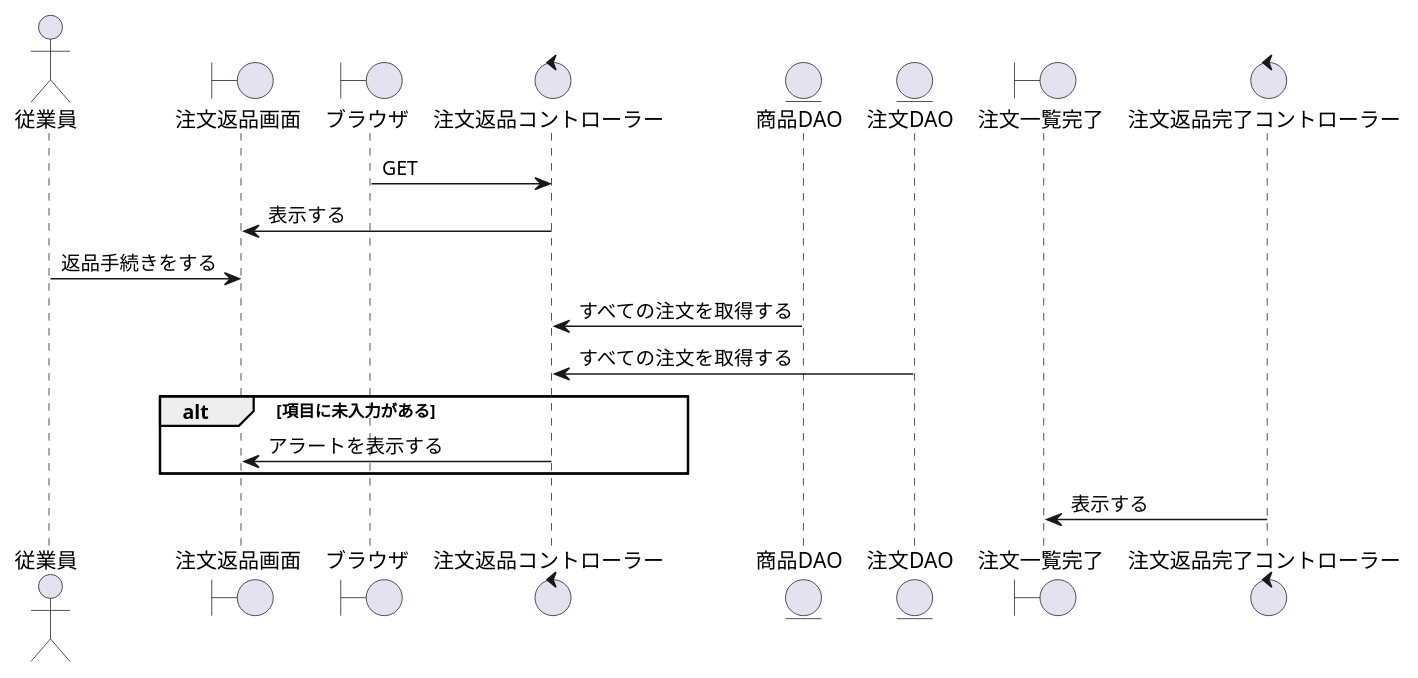
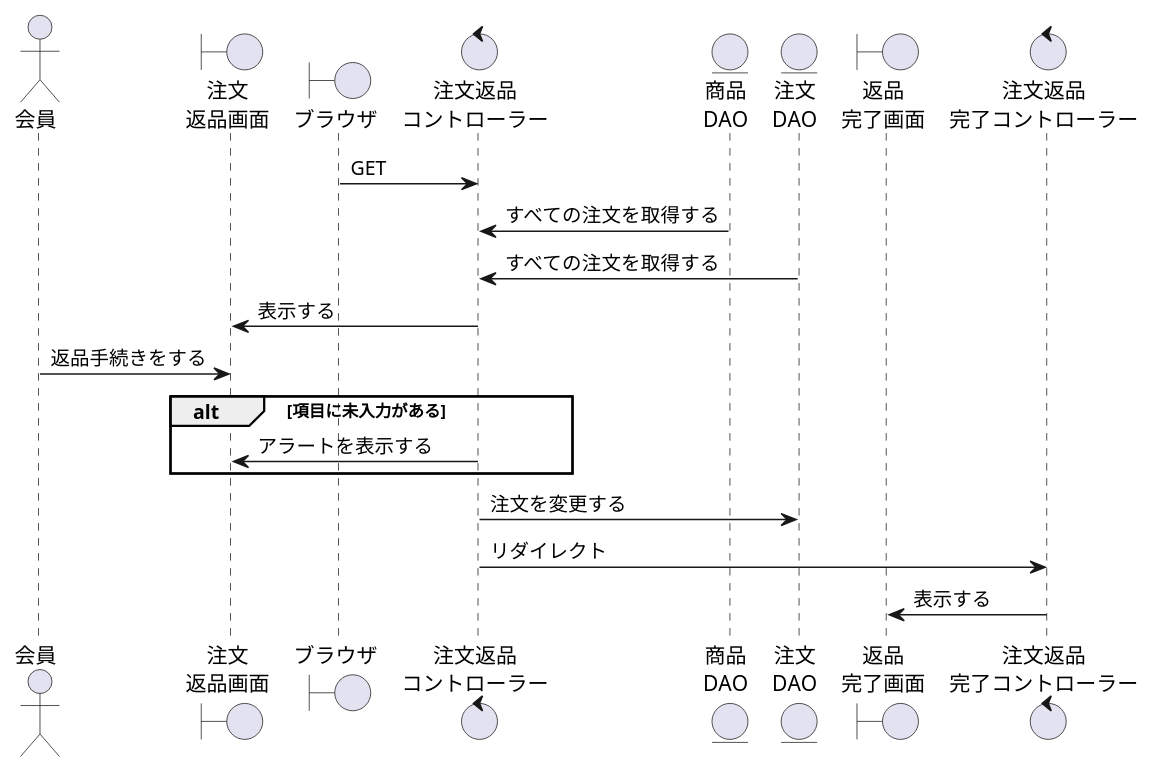
Before and after one commit to ysyk-wtnb16/team_D: the diagram in BBショップ/返品.wsd, drawn with PlantUML.

Commit message:
返品修正

```diff
--- a/BBショップ/返品.wsd
+++ b/BBショップ/返品.wsd
@@ -1,32 +1,30 @@
 @startuml return
 ' ①縦軸の並び順を決める
-actor "従業員" as act
-boundary "注文返品画面" as orb
+actor "会員" as act
+boundary "注文\n返品画面" as orb
 ' コントローラーに初回アクセスするもの
 boundary "ブラウザ" as brz
 ' コントローラーまたはビューの名称を決める
-control "注文返品コントローラー" as orc
+control "注文返品\nコントローラー" as orc
 ' DAOまたはモデルとなる
-entity "商品DAO" as pdt
-entity "注文DAO" as order
-
-boundary "注文一覧完了" as orkb
-control "注文返品完了コントローラー" as orkc
+entity "商品\nDAO" as pdt
+entity "注文\nDAO" as order
+boundary "返品\n完了画面" as orkb
+control "注文返品\n完了コントローラー" as orkc
 
 brz -> orc: GET
-
+orc <- pdt:すべての注文を取得する
+orc <- order:すべての注文を取得する
 orb <- orc:表示する
-
 act -> orb:返品手続きをする
 
-orc <- pdt:すべての注文を取得する
-orc <- order:すべての注文を取得する
 
 alt 項目に未入力がある
     orb <- orc:アラートを表示する
 end
 
-
+orc -> order: 注文を変更する
+orc -> orkc: リダイレクト
 orkb <- orkc:表示する
 
 @enduml
```
